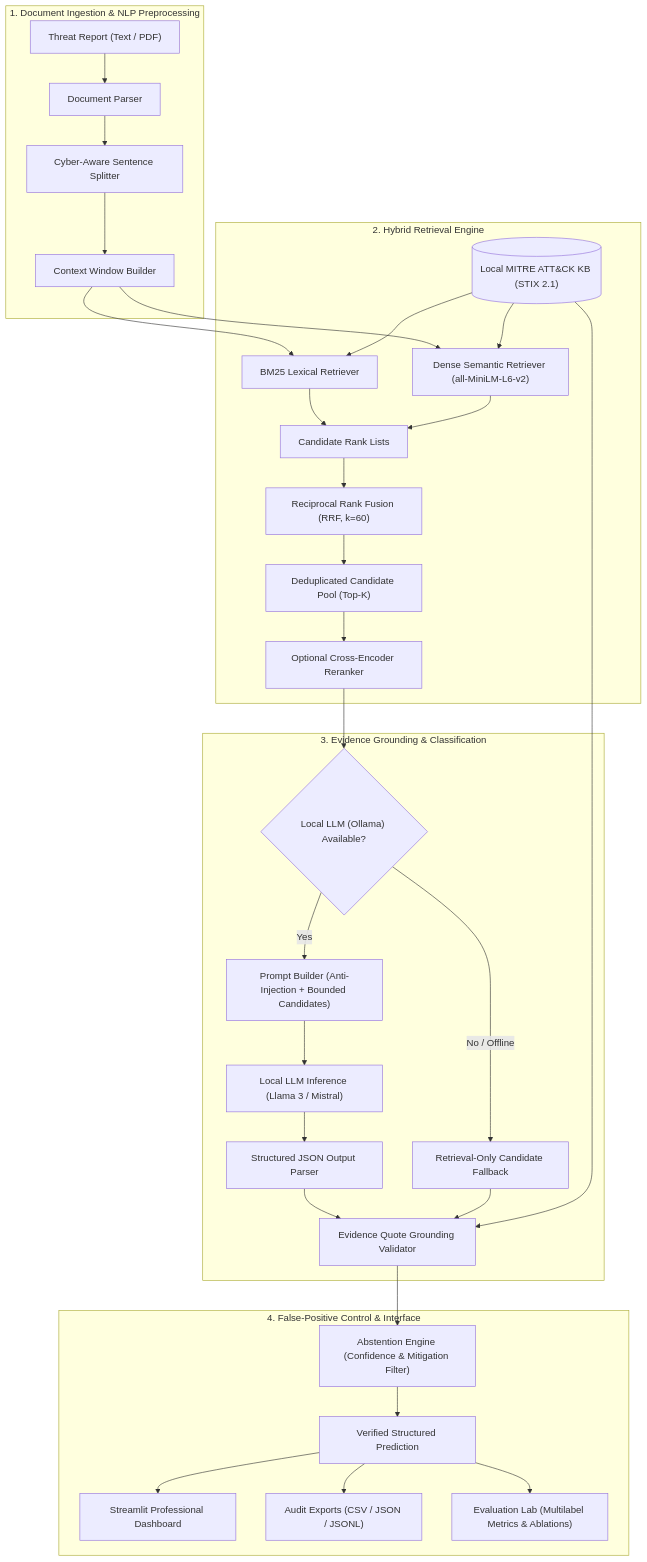
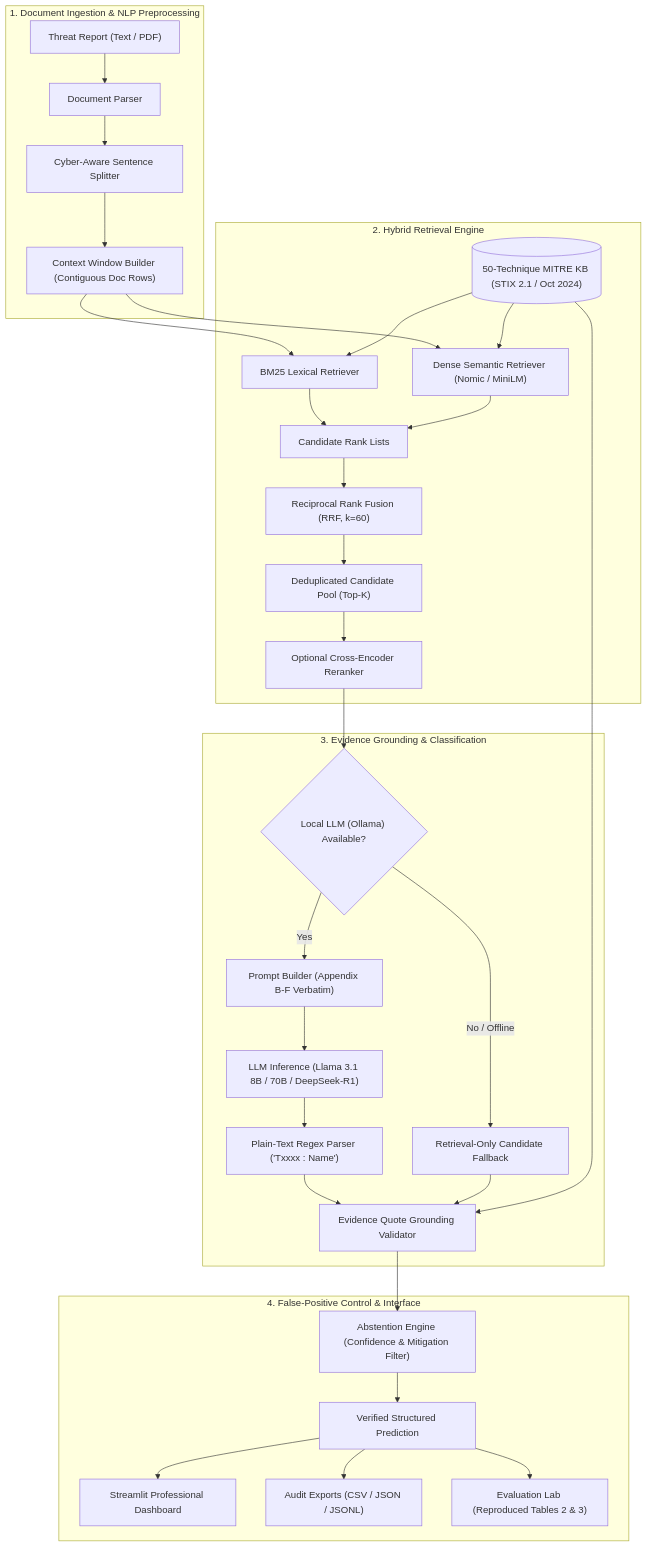
Before and after one commit to Sanika02025/ThreatMap: the diagram in README.md, drawn with Mermaid. The commit also changed other lines of this file and 16 other files, not shown here.

````diff
--- a/README.md
+++ b/README.md
@@ -48,44 +46,44 @@
 ```mermaid
 flowchart TD
     subgraph Ingestion ["1. Document Ingestion & NLP Preprocessing"]
         A["Threat Report (Text / PDF)"] --> B["Document Parser"]
         B --> C["Cyber-Aware Sentence Splitter"]
-        C --> D["Context Window Builder"]
+        C --> D["Context Window Builder (Contiguous Doc Rows)"]
     end
 
     subgraph Retrieval ["2. Hybrid Retrieval Engine"]
         D --> E1["BM25 Lexical Retriever"]
-        D --> E2["Dense Semantic Retriever (all-MiniLM-L6-v2)"]
+        D --> E2["Dense Semantic Retriever (Nomic / MiniLM)"]
         
-        KB[("Local MITRE ATT&CK KB (STIX 2.1)")] --> E1
+        KB[("50-Technique MITRE KB (STIX 2.1 / Oct 2024)")] --> E1
         KB --> E2
         
         E1 --> F["Candidate Rank Lists"]
         E2 --> F
         
         F --> G["Reciprocal Rank Fusion (RRF, k=60)"]
         G --> H["Deduplicated Candidate Pool (Top-K)"]
         H --> I["Optional Cross-Encoder Reranker"]
     end
 
     subgraph Classification ["3. Evidence Grounding & Classification"]
         I --> J{"Local LLM (Ollama) Available?"}
-        J -- "Yes" --> K["Prompt Builder (Anti-Injection + Bounded Candidates)"]
-        K --> L["Local LLM Inference (Llama 3 / Mistral)"]
-        L --> M["Structured JSON Output Parser"]
+        J -- "Yes" --> K["Prompt Builder (Appendix B-F Verbatim)"]
+        K --> L["LLM Inference (Llama 3.1 8B / 70B / DeepSeek-R1)"]
+        L --> M["Plain-Text Regex Parser ('Txxxx : Name')"]
         J -- "No / Offline" --> N["Retrieval-Only Candidate Fallback"]
         
         M --> O["Evidence Quote Grounding Validator"]
         N --> O
         KB --> O
     end
 
     subgraph Assurance ["4. False-Positive Control & Interface"]
         O --> P["Abstention Engine (Confidence & Mitigation Filter)"]
         P --> Q["Verified Structured Prediction"]
         
         Q --> R["Streamlit Professional Dashboard"]
         Q --> S["Audit Exports (CSV / JSON / JSONL)"]
-        Q --> T["Evaluation Lab (Multilabel Metrics & Ablations)"]
+        Q --> T["Evaluation Lab (Reproduced Tables 2 & 3)"]
     end
 ```
````
